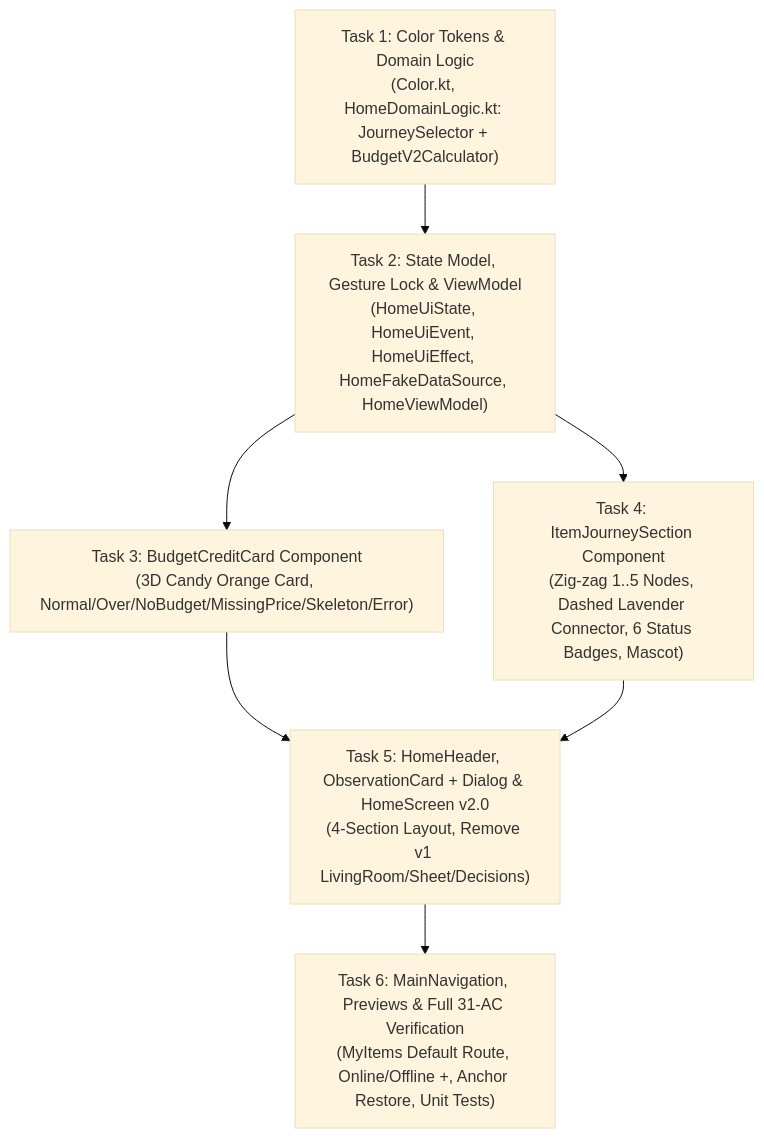
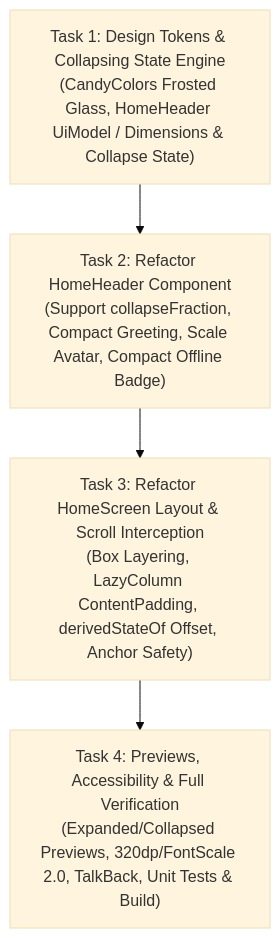
Before and after one commit to buihuyhoaf/chanko: the diagram in tasks/plan.md, drawn with Mermaid (base theme). The commit also changed other lines of this file, not shown here.

Commit message:
docs(plan): complete all tasks for sticky collapsing home header

````diff
--- a/tasks/plan.md
+++ b/tasks/plan.md
@@ -22,16 +21,11 @@
 ```mermaid
 graph TD
-    T["Task 1: Color Tokens & Domain Logic<br/>(Color.kt, HomeDomainLogic.kt: JourneySelector + BudgetV2Calculator)"]
-    S["Task 2: State Model, Gesture Lock & ViewModel<br/>(HomeUiState, HomeUiEvent, HomeUiEffect, HomeFakeDataSource, HomeViewModel)"]
-    B["Task 3: BudgetCreditCard Component<br/>(3D Candy Orange Card, Normal/Over/NoBudget/MissingPrice/Skeleton/Error)"]
-    J["Task 4: ItemJourneySection Component<br/>(Zig-zag 1..5 Nodes, Dashed Lavender Connector, 6 Status Badges, Mascot)"]
-    H["Task 5: HomeHeader, ObservationCard + Dialog & HomeScreen v2.0<br/>(4-Section Layout, Remove v1 LivingRoom/Sheet/Decisions)"]
-    N["Task 6: MainNavigation, Previews & Full 31-AC Verification<br/>(MyItems Default Route, Online/Offline +, Anchor Restore, Unit Tests)"]
+    T1["Task 1: Design Tokens & Collapsing State Engine<br/>(CandyColors Frosted Glass, HomeHeader UiModel / Dimensions & Collapse State)"]
+    T2["Task 2: Refactor HomeHeader Component<br/>(Support collapseFraction, Compact Greeting, Scale Avatar, Compact Offline Badge)"]
+    T3["Task 3: Refactor HomeScreen Layout & Scroll Interception<br/>(Box Layering, LazyColumn ContentPadding, derivedStateOf Offset, Anchor Safety)"]
+    T4["Task 4: Previews, Accessibility & Full Verification<br/>(Expanded/Collapsed Previews, 320dp/FontScale 2.0, TalkBack, Unit Tests & Build)"]
 
-    T --> S
-    S --> B
-    S --> J
-    B --> H
-    J --> H
-    H --> N
+    T1 --> T2
+    T2 --> T3
+    T3 --> T4
 ```
````
